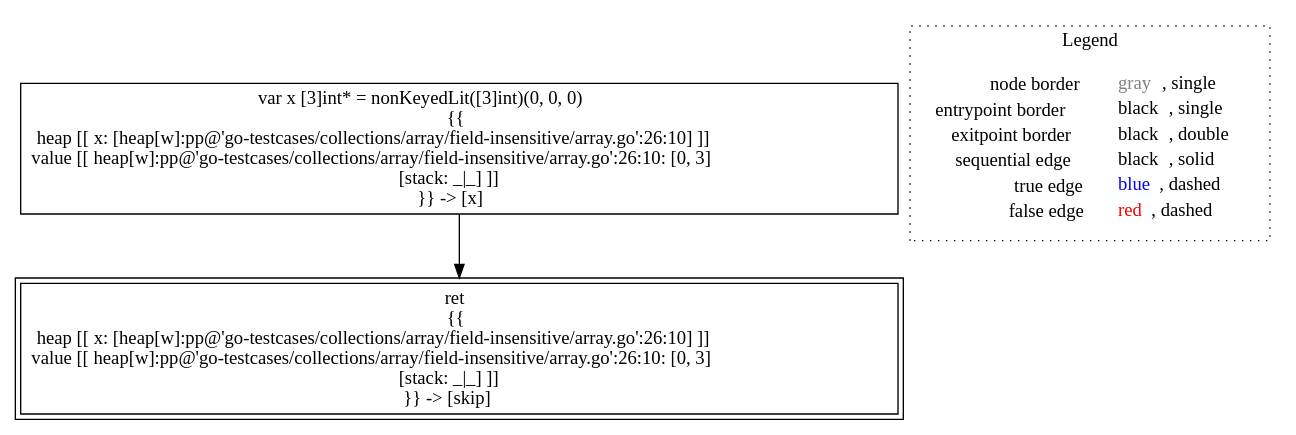
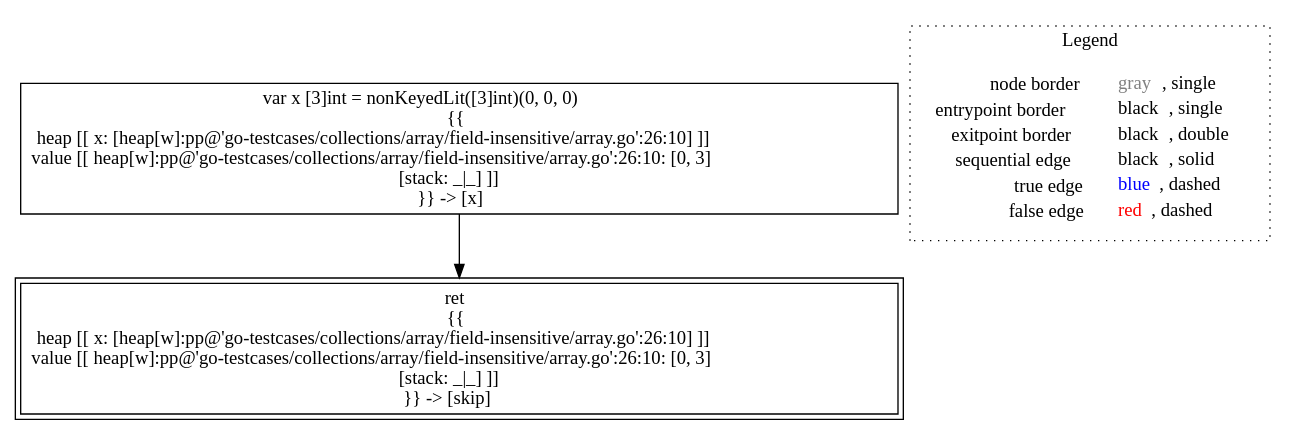
One commit to lisa-analyzer/go-lisa changed the diagram in go-lisa/go-testcases/collections/array/field-insensitive/analysis___untyped_array.defaultArray().dot. Above: the diagram before and after it, drawn with Graphviz. The commit also changed 35 other files, not shown here.

Commit message:
Fix bug in GoPointBasedHeap (types of the fresh allocation sites). Fix and refactor tests on heaps and collections

```diff
--- a/go-lisa/go-testcases/collections/array/field-insensitive/analysis___untyped_array.defaultArray().dot
+++ b/go-lisa/go-testcases/collections/array/field-insensitive/analysis___untyped_array.defaultArray().dot
@@ -1,12 +1,12 @@
 digraph {
-	"node0" [shape="rect",color="black",label=<var x [3]int* = nonKeyedLit([3]int)(0, 0, 0)<BR/>{{<BR/>heap [[ x: [heap[w]:pp@'go-testcases/collections/array/field-insensitive/array.go':26:10] ]]<BR/>value [[ heap[w]:pp@'go-testcases/collections/array/field-insensitive/array.go':26:10: [0, 3]<BR/>[stack: _|_] ]]<BR/>}} -&gt; [x]>];
+	"node0" [shape="rect",color="black",label=<var x [3]int = nonKeyedLit([3]int)(0, 0, 0)<BR/>{{<BR/>heap [[ x: [heap[w]:pp@'go-testcases/collections/array/field-insensitive/array.go':26:10] ]]<BR/>value [[ heap[w]:pp@'go-testcases/collections/array/field-insensitive/array.go':26:10: [0, 3]<BR/>[stack: _|_] ]]<BR/>}} -&gt; [x]>];
 	"node1" [shape="rect",color="black",peripheries="2",label=<ret<BR/>{{<BR/>heap [[ x: [heap[w]:pp@'go-testcases/collections/array/field-insensitive/array.go':26:10] ]]<BR/>value [[ heap[w]:pp@'go-testcases/collections/array/field-insensitive/array.go':26:10: [0, 3]<BR/>[stack: _|_] ]]<BR/>}} -&gt; [skip]>];
 	"node0" -> "node1" [color="black"];
 subgraph cluster_legend {
 	label="Legend";
 	style=dotted;
 	node [shape=plaintext];
 	"legend" [label=<<table border="0" cellpadding="2" cellspacing="0" cellborder="0"><tr><td align="right">node border&nbsp;</td><td align="left"><font color="gray">gray</font>, single</td></tr><tr><td align="right">entrypoint border&nbsp;</td><td align="left"><font color="black">black</font>, single</td></tr><tr><td align="right">exitpoint border&nbsp;</td><td align="left"><font color="black">black</font>, double</td></tr><tr><td align="right">sequential edge&nbsp;</td><td align="left"><font color="black">black</font>, solid</td></tr><tr><td align="right">true edge&nbsp;</td><td align="left"><font color="blue">blue</font>, dashed</td></tr><tr><td align="right">false edge&nbsp;</td><td align="left"><font color="red">red</font>, dashed</td></tr></table>>];
 }
 
 }
```
